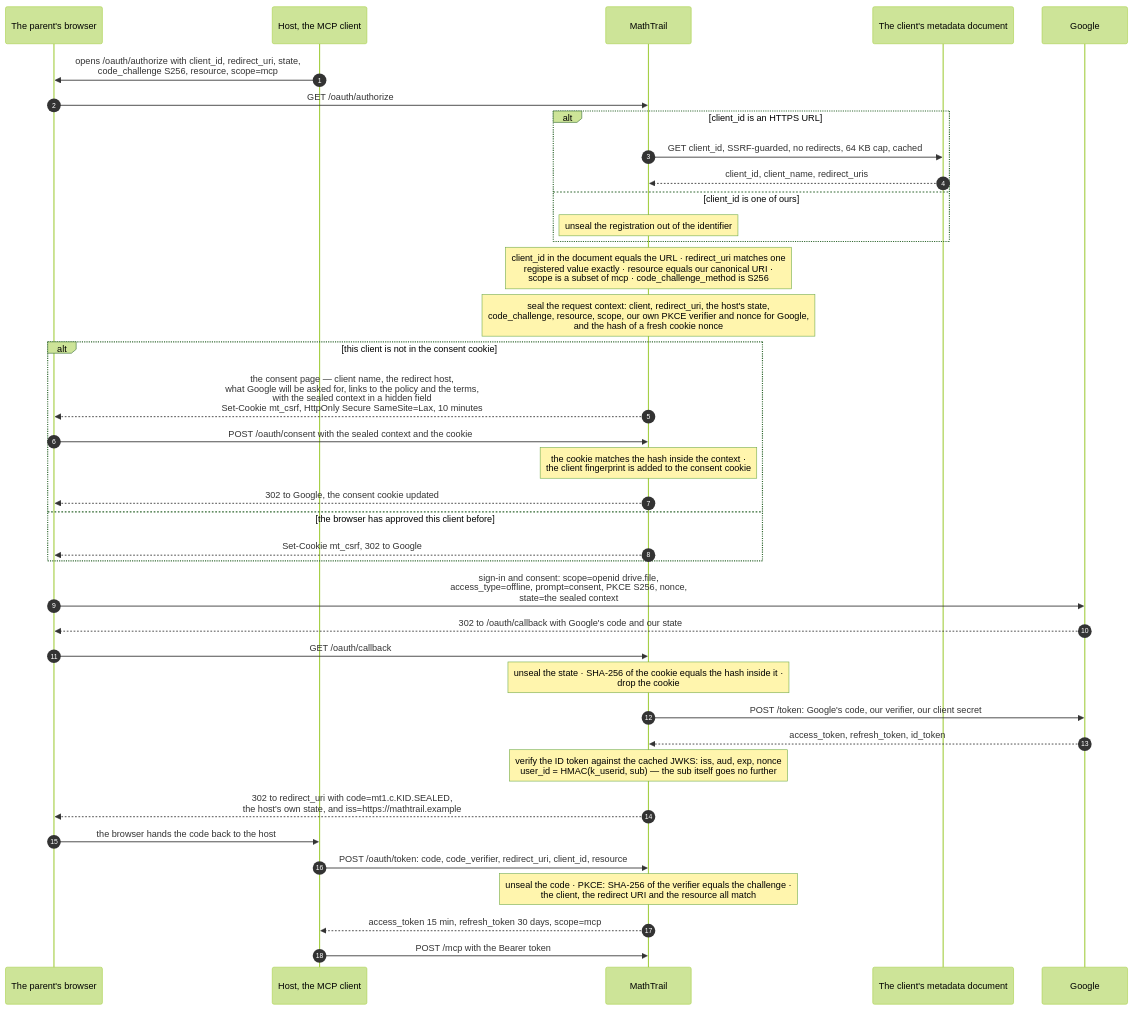
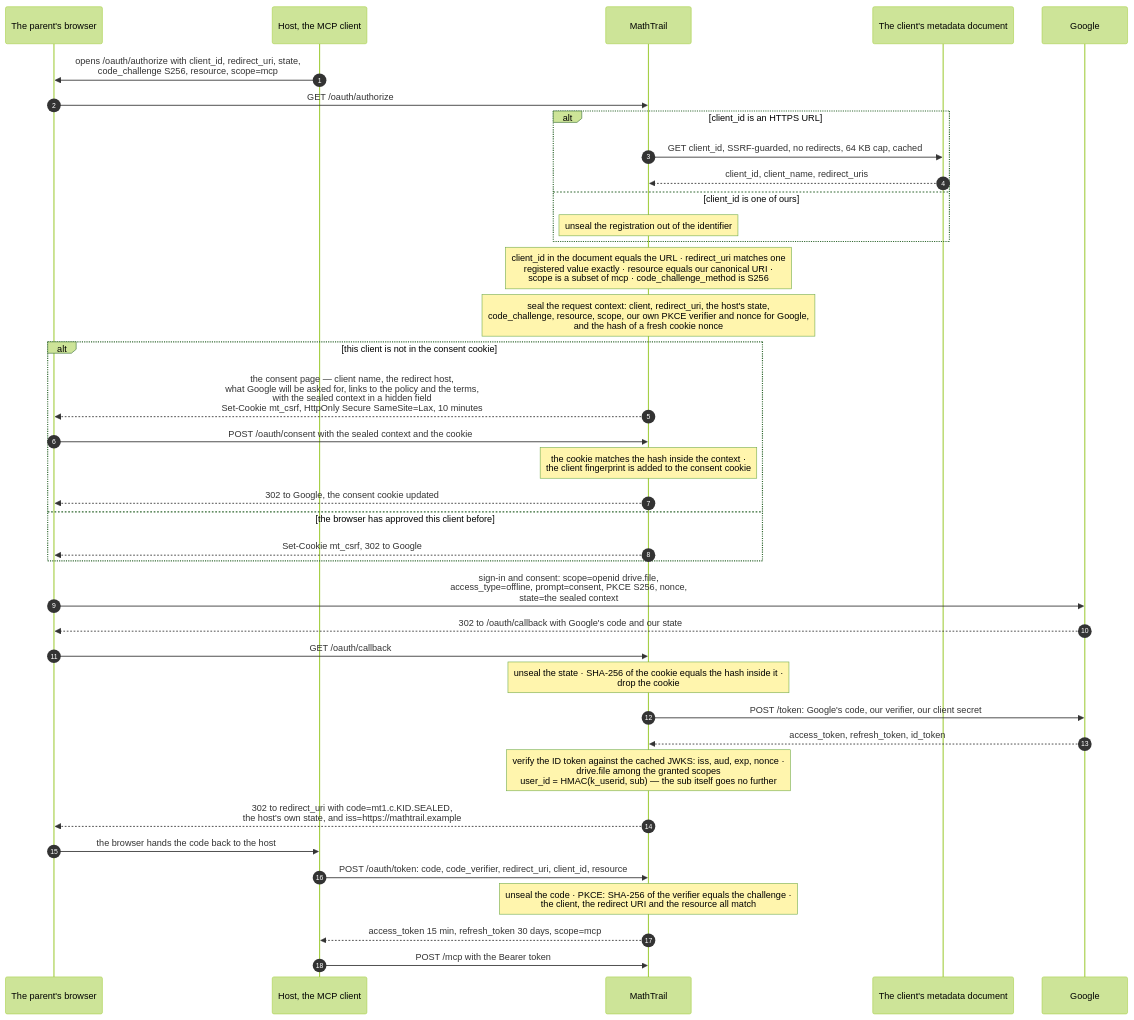
Before and after one commit to MathTrail/mathtrail-standalone: the second of 4 diagrams in docs/architecture/02-auth.md, drawn with Mermaid (forest theme). The commit also changed other lines of this file and 78 other files, not shown here.

````diff
--- a/docs/architecture/02-auth.md
+++ b/docs/architecture/02-auth.md
@@ -72,48 +72,48 @@
 ```mermaid
 sequenceDiagram
     autonumber
     participant P as The parent's browser
     participant H as Host, the MCP client
     participant MT as MathTrail
     participant CD as The client's metadata document
     participant G as Google
 
     H->>P: opens /oauth/authorize with client_id, redirect_uri, state,<br/>code_challenge S256, resource, scope=mcp
     P->>MT: GET /oauth/authorize
 
     alt client_id is an HTTPS URL
         MT->>CD: GET client_id, SSRF-guarded, no redirects, 64 KB cap, cached
         CD-->>MT: client_id, client_name, redirect_uris
     else client_id is one of ours
         Note over MT: unseal the registration out of the identifier
     end
 
     Note over MT: client_id in the document equals the URL · redirect_uri matches one<br/>registered value exactly · resource equals our canonical URI ·<br/>scope is a subset of mcp · code_challenge_method is S256
 
     Note over MT: seal the request context: client, redirect_uri, the host's state,<br/>code_challenge, resource, scope, our own PKCE verifier and nonce for Google,<br/>and the hash of a fresh cookie nonce
 
     alt this client is not in the consent cookie
         MT-->>P: the consent page — client name, the redirect host,<br/>what Google will be asked for, links to the policy and the terms,<br/>with the sealed context in a hidden field<br/>Set-Cookie mt_csrf, HttpOnly Secure SameSite=Lax, 10 minutes
         P->>MT: POST /oauth/consent with the sealed context and the cookie
         Note over MT: the cookie matches the hash inside the context ·<br/>the client fingerprint is added to the consent cookie
         MT-->>P: 302 to Google, the consent cookie updated
     else the browser has approved this client before
         MT-->>P: Set-Cookie mt_csrf, 302 to Google
     end
 
     P->>G: sign-in and consent: scope=openid drive.file,<br/>access_type=offline, prompt=consent, PKCE S256, nonce,<br/>state=the sealed context
     G-->>P: 302 to /oauth/callback with Google's code and our state
     P->>MT: GET /oauth/callback
 
     Note over MT: unseal the state · SHA-256 of the cookie equals the hash inside it ·<br/>drop the cookie
     MT->>G: POST /token: Google's code, our verifier, our client secret
     G-->>MT: access_token, refresh_token, id_token
-    Note over MT: verify the ID token against the cached JWKS: iss, aud, exp, nonce<br/>user_id = HMAC(k_userid, sub) — the sub itself goes no further
+    Note over MT: verify the ID token against the cached JWKS: iss, aud, exp, nonce ·<br/>drive.file among the granted scopes<br/>user_id = HMAC(k_userid, sub) — the sub itself goes no further
     MT-->>P: 302 to redirect_uri with code=mt1.c.KID.SEALED,<br/>the host's own state, and iss=https://mathtrail.example
     P->>H: the browser hands the code back to the host
 
     H->>MT: POST /oauth/token: code, code_verifier, redirect_uri, client_id, resource
     Note over MT: unseal the code · PKCE: SHA-256 of the verifier equals the challenge ·<br/>the client, the redirect URI and the resource all match
     MT-->>H: access_token 15 min, refresh_token 30 days, scope=mcp
     H->>MT: POST /mcp with the Bearer token
 ```
````
